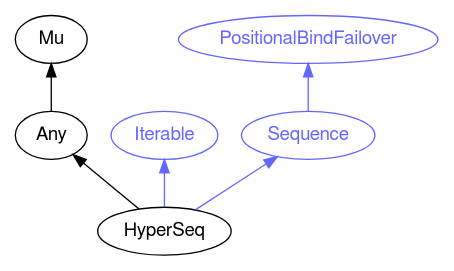
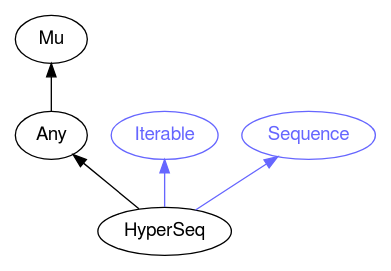
Before and after one commit to rakudocs/rakudocs.github.io: the diagram in images/type-graph-HyperSeq.svg.dot, drawn with Graphviz. The commit also changed 1130 other files, not shown here.

```diff
--- a/images/type-graph-HyperSeq.svg.dot
+++ b/images/type-graph-HyperSeq.svg.dot
@@ -1,21 +1,19 @@
 digraph "perl6-type-graph" {
     rankdir=BT;
     splines=polyline;
     overlap=false; 
     // Types
     "HyperSeq" [color="#000000", fontcolor="#000000", href="/type/HyperSeq", fontname="FreeSans"];
     "Mu" [color="#000000", fontcolor="#000000", href="/type/Mu", fontname="FreeSans"];
     "Any" [color="#000000", fontcolor="#000000", href="/type/Any", fontname="FreeSans"];
     "Iterable" [color="#6666FF", fontcolor="#6666FF", href="/type/Iterable", fontname="FreeSans"];
-    "PositionalBindFailover" [color="#6666FF", fontcolor="#6666FF", href="/type/PositionalBindFailover", fontname="FreeSans"];
     "Sequence" [color="#6666FF", fontcolor="#6666FF", href="/type/Sequence", fontname="FreeSans"];
 
     // Superclasses
     "HyperSeq" -> "Any" [color="#000000"];
     "Any" -> "Mu" [color="#000000"];
 
     // Roles
     "HyperSeq" -> "Iterable" [color="#6666FF"];
     "HyperSeq" -> "Sequence" [color="#6666FF"];
-    "Sequence" -> "PositionalBindFailover" [color="#6666FF"];
 }
```
